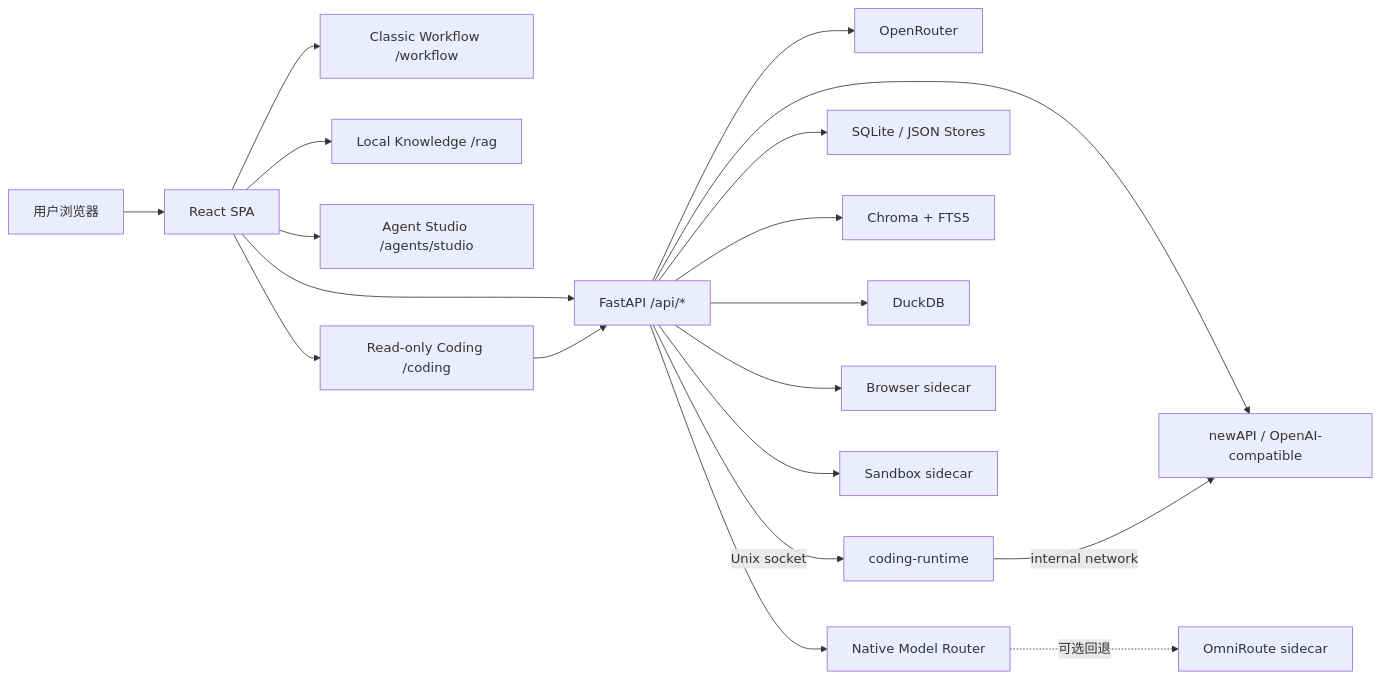
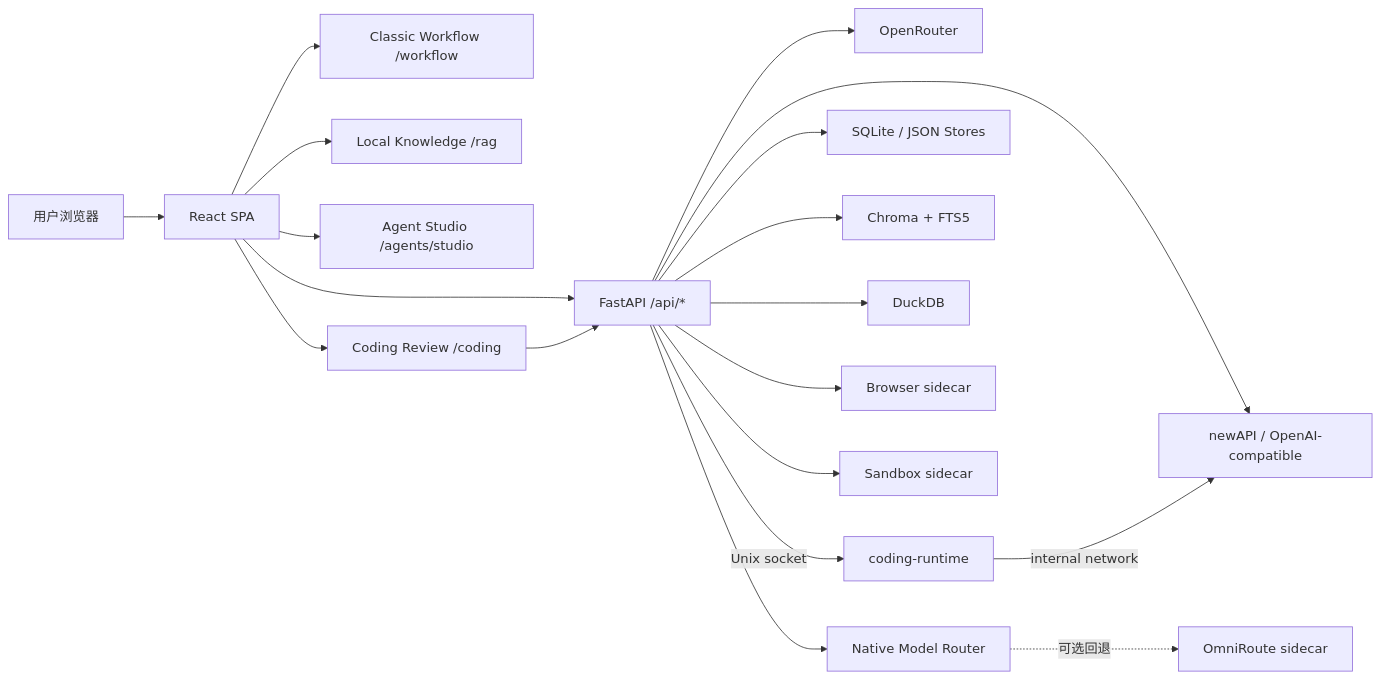
One commit to PinkElf-Elysia/ModelMirror changed the first of 3 diagrams in docs/ARCHITECTURE.md. Above: the diagram before and after it, drawn with Mermaid. The commit also changed other lines of this file and 4 other files, not shown here.

````diff
--- a/docs/ARCHITECTURE.md
+++ b/docs/ARCHITECTURE.md
@@ -43,24 +43,24 @@
 ```mermaid
 flowchart LR
   U["用户浏览器"] --> SPA["React SPA"]
   SPA --> API["FastAPI /api/*"]
 
   SPA --> WF["Classic Workflow /workflow"]
   SPA --> RAG["Local Knowledge /rag"]
   SPA --> STUDIO["Agent Studio /agents/studio"]
-  SPA --> CODING["Read-only Coding /coding"]
+  SPA --> CODING["Coding Review /coding"]
   CODING --> API
 
   API --> GW["newAPI / OpenAI-compatible"]
   API --> OR["OpenRouter"]
   API --> ROUTER["Native Model Router"]
   ROUTER -. "可选回退" .-> OMNI["OmniRoute sidecar"]
 
   API --> SQL["SQLite / JSON Stores"]
   API --> VECTOR["Chroma + FTS5"]
   API --> DX["DuckDB"]
   API --> BROWSER["Browser sidecar"]
   API --> SANDBOX["Sandbox sidecar"]
   API -->|"Unix socket"| CODER["coding-runtime"]
   CODER -->|"internal network"| GW
 ```
````
